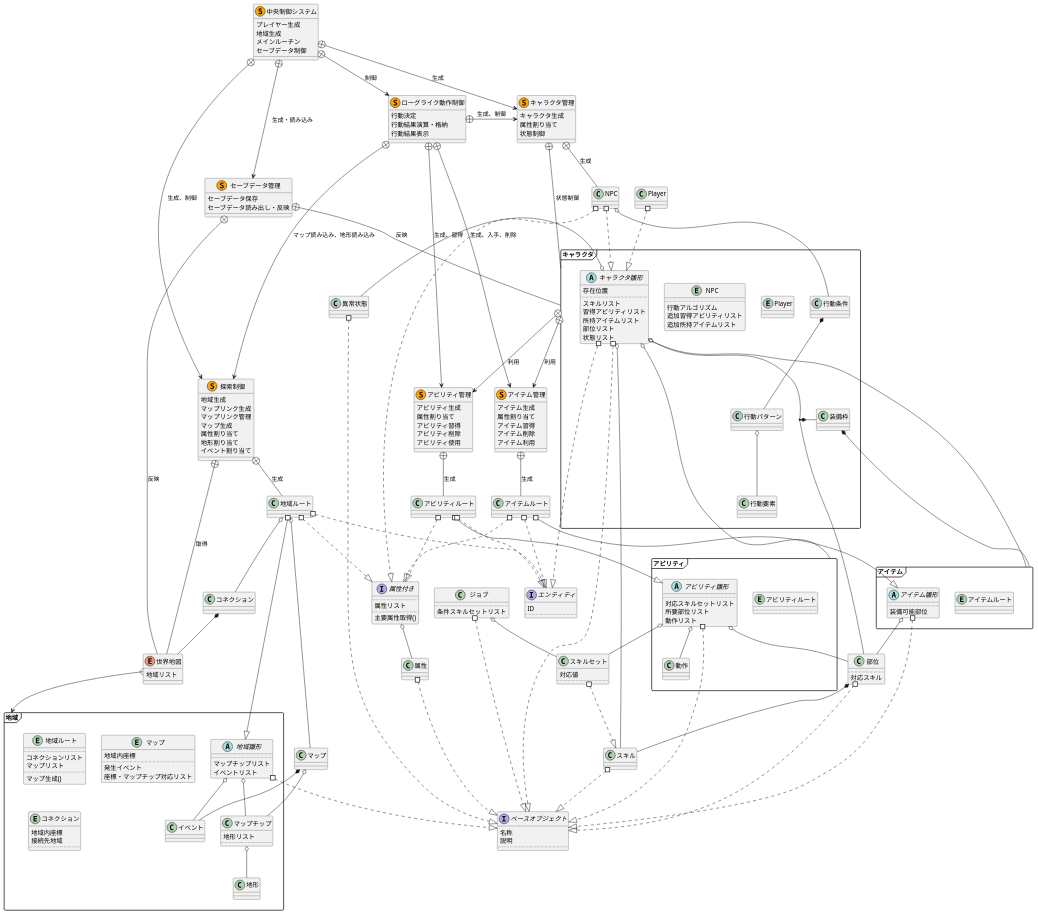
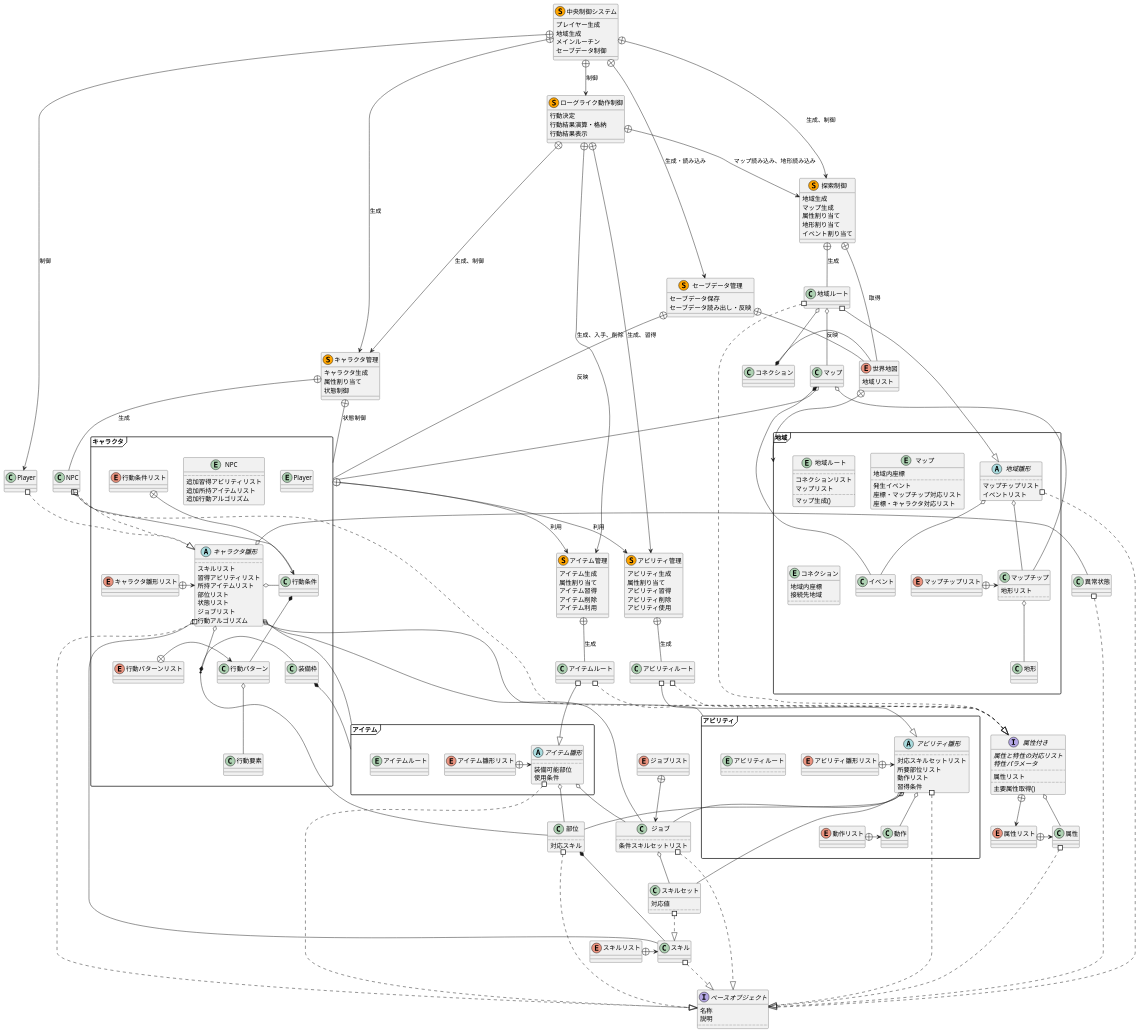
Before and after one commit to eckolo/RogueLikeLike: the diagram in Memo/Uml.wsd, drawn with PlantUML.

Commit message:
データセット類全般を追加

```diff
--- a/Memo/Uml.wsd
+++ b/Memo/Uml.wsd
@@ -10,6 +10,8 @@
 
 class スキル
 スキル #..^ ベースオブジェクト
+enum スキルリスト
+スキルリスト +-> スキル
 class 異常状態
 異常状態 #..^ ベースオブジェクト
 class 部位{
@@ -23,27 +25,30 @@
 	..
 }
 スキルセット #..^ スキル
+
 class ジョブ{
 	..
 	条件スキルセットリスト
 }
 ジョブ #..^ ベースオブジェクト
 ジョブ o-- スキルセット
-
-interface エンティティ{
-	ID
-	..
-}
+enum ジョブリスト
+ジョブリスト +--> ジョブ
 
 class 属性
+enum 属性リスト
+属性リスト +-> 属性
 属性 #..^ ベースオブジェクト
 interface 属性付き{
+	{abstract}属性と特性の対応リスト
+	{abstract}特性パラメータ
 	..
 	属性リスト
 	..
 	主要属性取得()
 }
 属性付き o-- 属性
+属性付き +--> 属性リスト
 
 namespace アビリティ{
 	entity アビリティルート{
@@ -54,17 +59,24 @@
 		対応スキルセットリスト
 		所要部位リスト
 		動作リスト
+		習得条件
 	}
+
+	enum アビリティ雛形リスト
+	アビリティ雛形リスト +-> アビリティ雛形
 
 	.アビリティルート #--^ アビリティ雛形
 	アビリティ雛形 #..^ .ベースオブジェクト
 	アビリティ雛形 o-- .部位
 	アビリティ雛形 o-- .スキルセット
+	アビリティ雛形 o-- .ジョブ
 
 	class 動作
 	アビリティ雛形 o-- 動作
+
+	enum 動作リスト
+	動作リスト +-> 動作
 }
-アビリティルート #..^ エンティティ
 アビリティルート #..^ 属性付き
 
 namespace アイテム{
@@ -72,13 +84,17 @@
 	abstract アイテム雛形{
 		..
 		装備可能部位
+		使用条件
 	}
+
+	enum アイテム雛形リスト
+	アイテム雛形リスト +-> アイテム雛形
 
 	.アイテムルート #--^ アイテム雛形
 	アイテム雛形 #..^ .ベースオブジェクト
 	アイテム雛形 o-- .部位
+	アイテム雛形 o-- .ジョブ
 }
-アイテムルート #..^ エンティティ
 アイテムルート #..^ 属性付き
 
 namespace 地域{
@@ -106,6 +122,7 @@
 		..
 		発生イベント
 		座標・マップチップ対応リスト
+		座標・キャラクタ対応リスト
 	}
 	.マップ o-- マップチップ
 	.マップ *-- イベント
@@ -115,6 +132,9 @@
 		..
 	}
 
+	enum マップチップリスト
+	マップチップリスト +-> マップチップ
+
 	.地域ルート #--^ 地域雛形
 	地域雛形 #..^ .ベースオブジェクト
 	地域雛形 o-- マップチップ
@@ -122,23 +142,25 @@
 	.地域ルート o-- .マップ
 	.地域ルート o-- .コネクション
 }
-地域ルート #..^ エンティティ
 地域ルート #..^ 属性付き
-.コネクション *-- 世界地図
+.マップ o-- キャラクタ
+.コネクション *- 世界地図
 
 namespace キャラクタ{
 	abstract キャラクタ雛形{
-		存在位置
 		..
 		スキルリスト
 		習得アビリティリスト
 		所持アイテムリスト
 		部位リスト
 		状態リスト
+		ジョブリスト
+		行動アルゴリズム
 	}
 
 	キャラクタ雛形 #..^ .ベースオブジェクト
 	キャラクタ雛形 o-- .部位
+	キャラクタ雛形 o-- .ジョブ
 	class 装備枠
 	(キャラクタ雛形,.部位) *- 装備枠
 	装備枠 *-- アイテム
@@ -148,21 +170,30 @@
 
 	entity NPC{
 		..
-		行動アルゴリズム
 		追加習得アビリティリスト
 		追加所持アイテムリスト
+		追加行動アルゴリズム
 	}
 	.NPC #..^ .属性付き
 	.NPC #..^ キャラクタ雛形
+
+	enum キャラクタ雛形リスト
+	キャラクタ雛形リスト +-> キャラクタ雛形
 
 	class 行動条件
 	class 行動パターン
 	class 行動要素
 	.NPC o-- 行動条件
+	キャラクタ雛形 o- 行動条件
 	行動条件 *-- 行動パターン
 	行動パターン o-- 行動要素
+
+	enum 行動条件リスト
+	行動条件リスト +--> 行動条件
+
+	enum 行動パターンリスト
+	行動パターンリスト +-> 行動パターン
 }
-キャラクタ.キャラクタ雛形 #..^ エンティティ
 キャラクタ.キャラクタ雛形 o- スキル
 キャラクタ.キャラクタ雛形 o- アビリティ
 キャラクタ.キャラクタ雛形 o- 異常状態
@@ -172,12 +203,10 @@
 	地域リスト
 }
 
-世界地図 }--> 地域
+世界地図 +--> 地域
 
 class 探索制御 <<(S,orange)>>{
 	地域生成
-	マップリンク生成
-	マップリンク管理
 	マップ生成
 	属性割り当て
 	地形割り当て
@@ -241,6 +270,6 @@
 中央制御システム +--> キャラクタ管理 : 生成
 中央制御システム +--> ローグライク動作制御 : 制御
 中央制御システム +--> セーブデータ管理 : 生成・読み込み
-
+中央制御システム +--> Player : 制御
 
 @enduml
```
